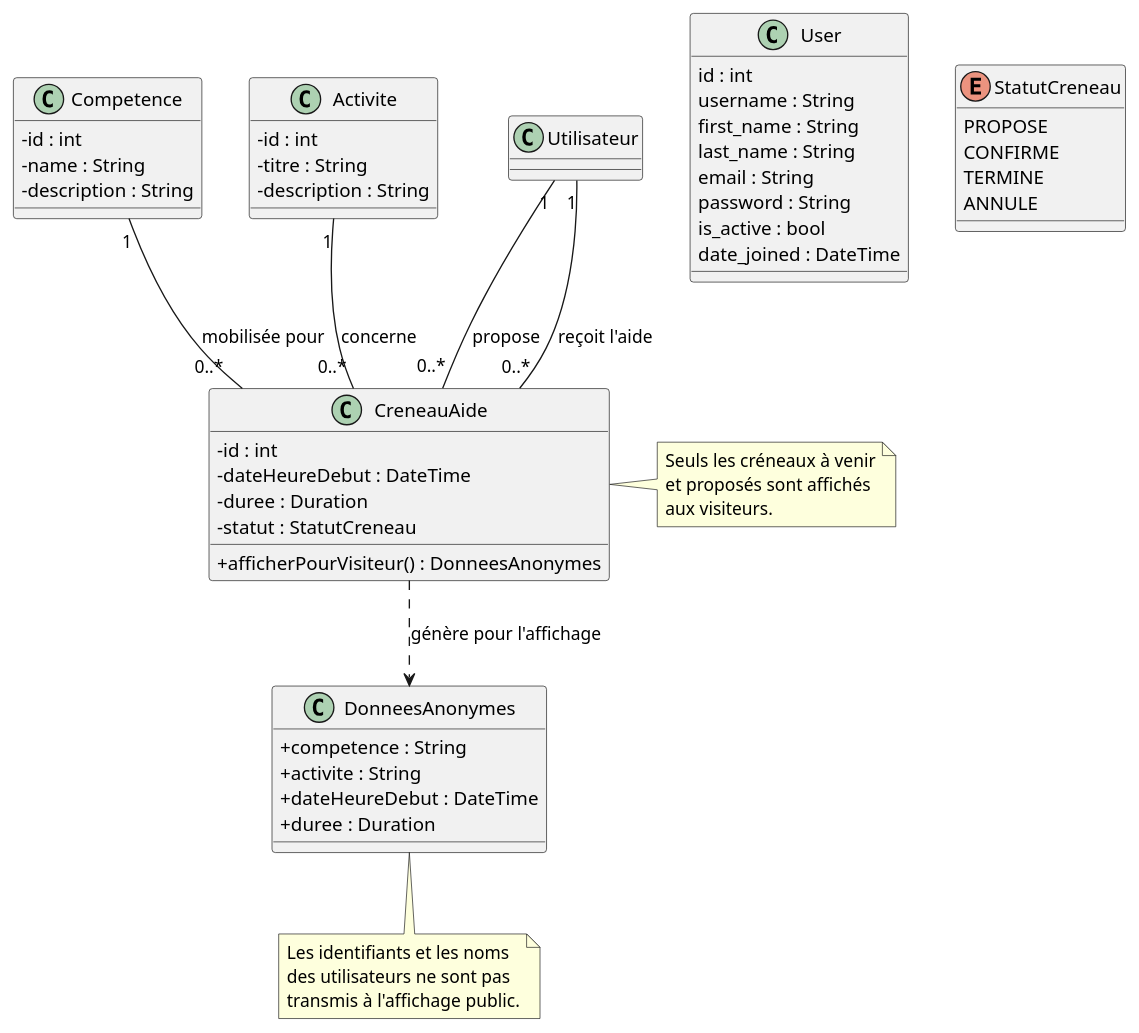
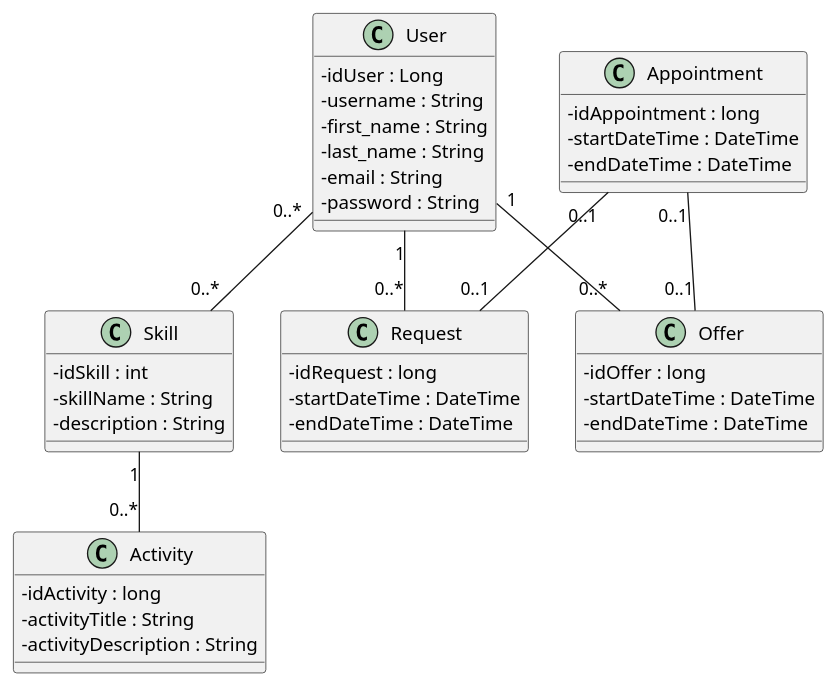
Before and after one commit to albanmartel/SkillsExchange: the diagram in Modelisation/02_Class_Digramm.puml, drawn with PlantUML.

Commit message:
UPDATE '02_Class_Diagram.puml' mise à jour des intérractions de classes

```diff
--- a/Modelisation/02_Class_Digramm.puml
+++ b/Modelisation/02_Class_Digramm.puml
@@ -1,67 +1,49 @@
 @startuml
 skinparam classAttributeIconSize 0
 
 class User {
-  id : int
-  username : String
-  first_name : String
-  last_name : String
-  email : String
-  password : String
-  is_active : bool
-  date_joined : DateTime
+  - idUser : Long
+  - username : String
+  - first_name : String
+  - last_name : String
+  - email : String
+  - password : String
 }
 
-class Competence {
-  - id : int
-  - name : String
+class Skill {
+  - idSkill : int
+  - skillName : String
   - description : String
 }
 
-class Activite {
-  - id : int
-  - titre : String
-  - description : String
+class Activity {
+  - idActivity : long
+  - activityTitle : String
+  - activityDescription : String
 }
 
-class CreneauAide {
-  - id : int
-  - dateHeureDebut : DateTime
-  - duree : Duration
-  - statut : StatutCreneau
-  + afficherPourVisiteur() : DonneesAnonymes
+class Offer {
+  - idOffer : long
+  - startDateTime : DateTime
+  - endDateTime : DateTime
 }
 
-enum StatutCreneau {
-  PROPOSE
-  CONFIRME
-  TERMINE
-  ANNULE
+class Appointment{
+  - idAppointment : long
+  - startDateTime : DateTime
+  - endDateTime : DateTime
 }
 
-class DonneesAnonymes {
-  + competence : String
-  + activite : String
-  + dateHeureDebut : DateTime
-  + duree : Duration
+class Request {
+  - idRequest : long
+  - startDateTime : DateTime
+  - endDateTime : DateTime
 }
 
-Utilisateur "1" -- "0..*" CreneauAide : propose
-Utilisateur "1" -- "0..*" CreneauAide : reçoit l'aide
-Competence "1" -- "0..*" CreneauAide : mobilisée pour
-Activite "1" -- "0..*" CreneauAide : concerne
-
-CreneauAide ..> DonneesAnonymes : génère pour l'affichage
-
-note right of CreneauAide
-  Seuls les créneaux à venir
-  et proposés sont affichés
-  aux visiteurs.
-end note
-
-note bottom of DonneesAnonymes
-  Les identifiants et les noms
-  des utilisateurs ne sont pas
-  transmis à l'affichage public.
-end note
+User "0..*" -- "0..*" Skill
+User "1" -- "0..*" Offer
+User "1" -- "0..*" Request
+Skill "1" -- "0..*" Activity
+Appointment "0..1" -- "0..1" Offer
+Appointment "0..1" -- "0..1" Request
 @enduml
```
